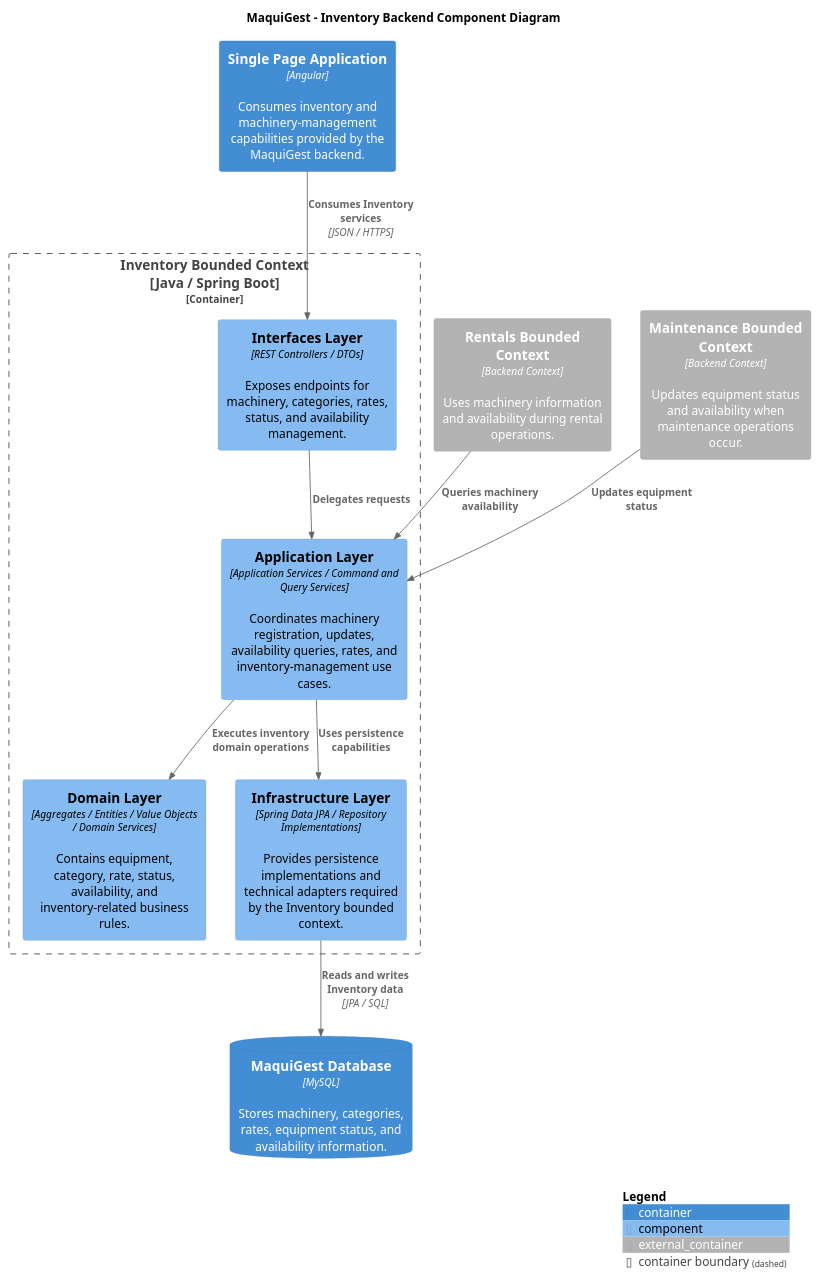
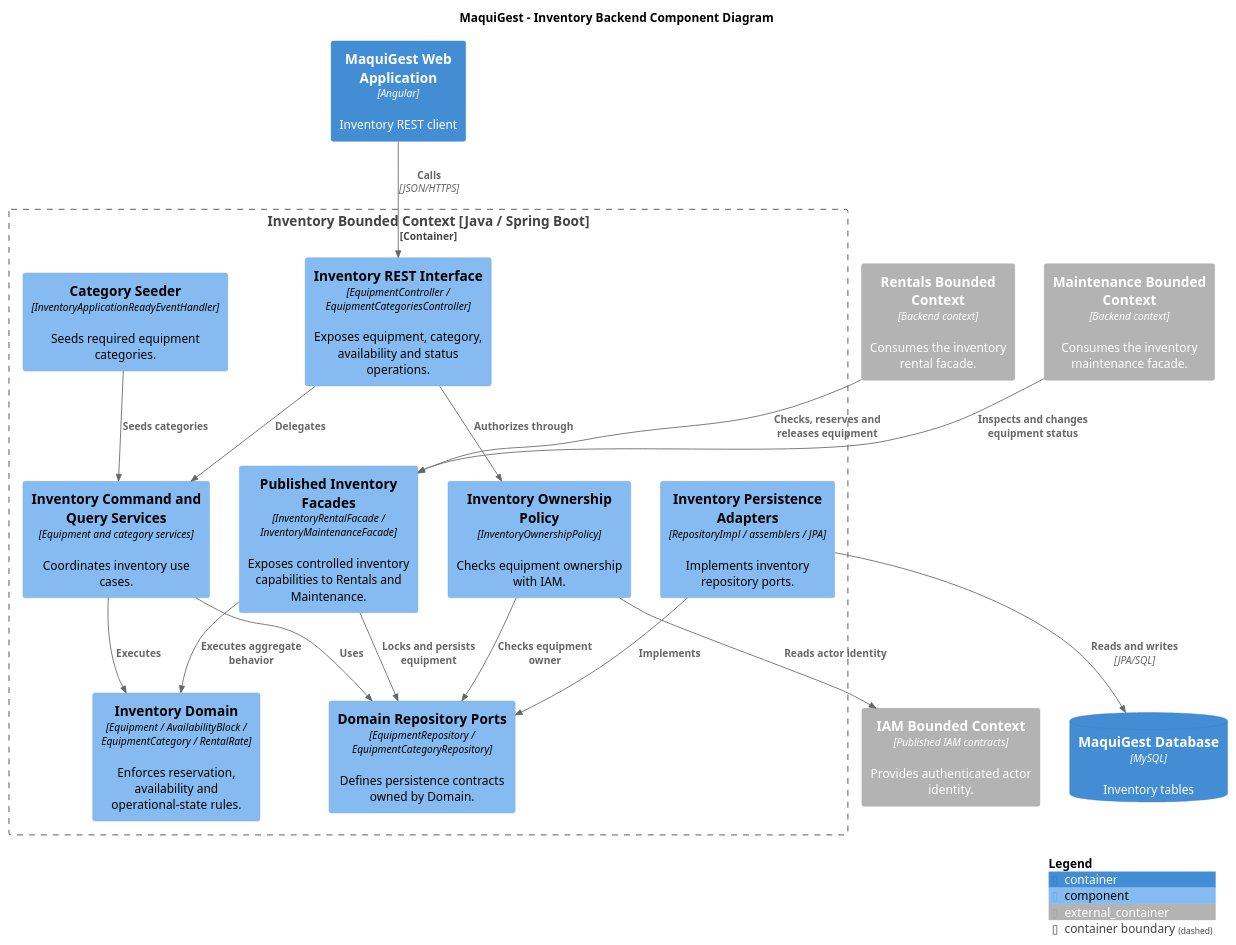
Before and after one commit to upc-pre-202620-1asi0729-7750-cleancode/maquigest-report: the diagram in assets/plantuml/chapter-4/c4/component/backend/maquigest-backend-inventory-component-diagram.puml, drawn with PlantUML. The commit also changed 13 other files, not shown here.

Commit message:
fix(docs): update backend component diagrams assets

```diff
--- a/assets/plantuml/chapter-4/c4/component/backend/maquigest-backend-inventory-component-diagram.puml
+++ b/assets/plantuml/chapter-4/c4/component/backend/maquigest-backend-inventory-component-diagram.puml
@@ -1,40 +1,34 @@
 @startuml
-
-!include https://raw.githubusercontent.com/plantuml-stdlib/C4-PlantUML/master/C4_Component.puml
-
+!include _includes/C4_Component.puml
 title MaquiGest - Inventory Backend Component Diagram
-
-Container(spa, "Single Page Application", "Angular", "Consumes inventory and machinery-management capabilities provided by the MaquiGest backend.")
-
-Container_Boundary(inventoryContext, "Inventory Bounded Context\n[Java / Spring Boot]") {
-
-    Component(interfacesLayer, "Interfaces Layer", "REST Controllers / DTOs", "Exposes endpoints for machinery, categories, rates, status, and availability management.")
-
-    Component(applicationLayer, "Application Layer", "Application Services / Command and Query Services", "Coordinates machinery registration, updates, availability queries, rates, and inventory-management use cases.")
-
-    Component(domainLayer, "Domain Layer", "Aggregates / Entities / Value Objects / Domain Services", "Contains equipment, category, rate, status, availability, and inventory-related business rules.")
-
-    Component(infrastructureLayer, "Infrastructure Layer", "Spring Data JPA / Repository Implementations", "Provides persistence implementations and technical adapters required by the Inventory bounded context.")
+Container(spa, "MaquiGest Web Application", "Angular", "Inventory REST client")
+Container_Ext(iam, "IAM Bounded Context", "Published IAM contracts", "Provides authenticated actor identity.")
+Container_Ext(rentals, "Rentals Bounded Context", "Backend context", "Consumes the inventory rental facade.")
+Container_Ext(maintenance, "Maintenance Bounded Context", "Backend context", "Consumes the inventory maintenance facade.")
+Container_Boundary(inventory, "Inventory Bounded Context [Java / Spring Boot]") {
+ Component(rest, "Inventory REST Interface", "EquipmentController / EquipmentCategoriesController", "Exposes equipment, category, availability and status operations.")
+ Component(policy, "Inventory Ownership Policy", "InventoryOwnershipPolicy", "Checks equipment ownership with IAM.")
+ Component(app, "Inventory Command and Query Services", "Equipment and category services", "Coordinates inventory use cases.")
+ Component(facades, "Published Inventory Facades", "InventoryRentalFacade / InventoryMaintenanceFacade", "Exposes controlled inventory capabilities to Rentals and Maintenance.")
+ Component(domain, "Inventory Domain", "Equipment / AvailabilityBlock / EquipmentCategory / RentalRate", "Enforces reservation, availability and operational-state rules.")
+ Component(repoPorts, "Domain Repository Ports", "EquipmentRepository / EquipmentCategoryRepository", "Defines persistence contracts owned by Domain.")
+ Component(persistence, "Inventory Persistence Adapters", "RepositoryImpl / assemblers / JPA", "Implements inventory repository ports.")
+ Component(seed, "Category Seeder", "InventoryApplicationReadyEventHandler", "Seeds required equipment categories.")
 }
-
-Container_Ext(rentalsContext, "Rentals Bounded Context", "Backend Context", "Uses machinery information and availability during rental operations.")
-
-Container_Ext(maintenanceContext, "Maintenance Bounded Context", "Backend Context", "Updates equipment status and availability when maintenance operations occur.")
-
-ContainerDb(database, "MaquiGest Database", "MySQL", "Stores machinery, categories, rates, equipment status, and availability information.")
-
-Rel(spa, interfacesLayer, "Consumes Inventory services", "JSON / HTTPS")
-
-Rel(interfacesLayer, applicationLayer, "Delegates requests")
-
-Rel(applicationLayer, domainLayer, "Executes inventory domain operations")
-Rel(applicationLayer, infrastructureLayer, "Uses persistence capabilities")
-
-Rel(rentalsContext, applicationLayer, "Queries machinery availability")
-Rel(maintenanceContext, applicationLayer, "Updates equipment status")
-
-Rel(infrastructureLayer, database, "Reads and writes Inventory data", "JPA / SQL")
-
+ContainerDb(db, "MaquiGest Database", "MySQL", "Inventory tables")
+Rel(spa, rest, "Calls", "JSON/HTTPS")
+Rel(rest, policy, "Authorizes through")
+Rel(policy, iam, "Reads actor identity")
+Rel(policy, repoPorts, "Checks equipment owner")
+Rel(rest, app, "Delegates")
+Rel(app, domain, "Executes")
+Rel(app, repoPorts, "Uses")
+Rel(facades, domain, "Executes aggregate behavior")
+Rel(facades, repoPorts, "Locks and persists equipment")
+Rel(rentals, facades, "Checks, reserves and releases equipment")
+Rel(maintenance, facades, "Inspects and changes equipment status")
+Rel(persistence, repoPorts, "Implements")
+Rel(persistence, db, "Reads and writes", "JPA/SQL")
+Rel(seed, app, "Seeds categories")
 SHOW_LEGEND()
-
 @enduml
```
